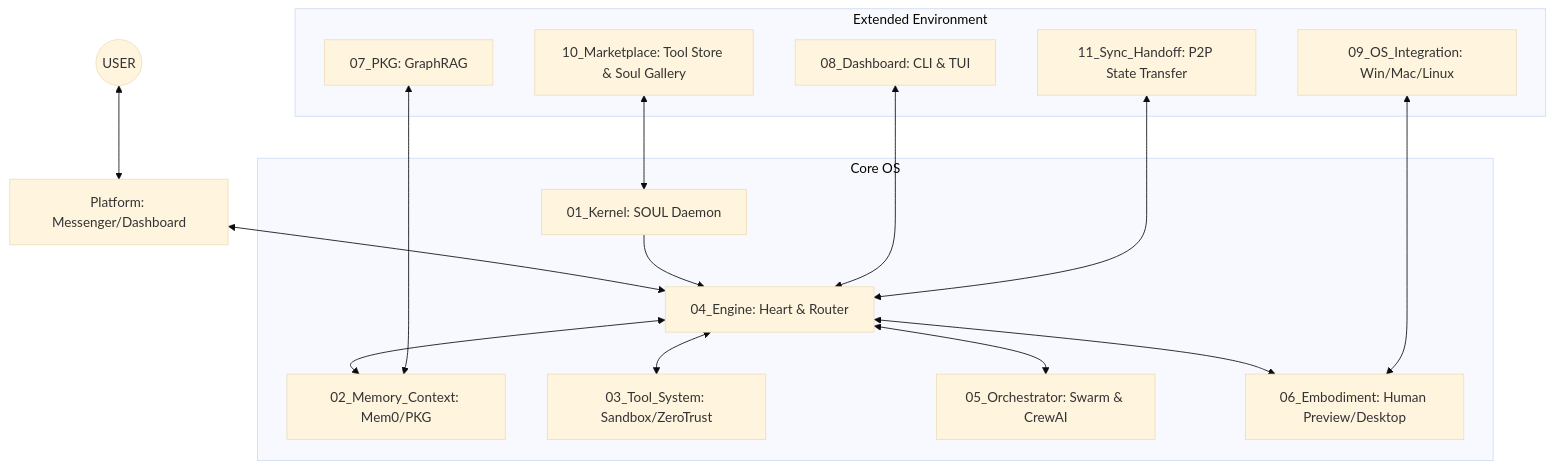
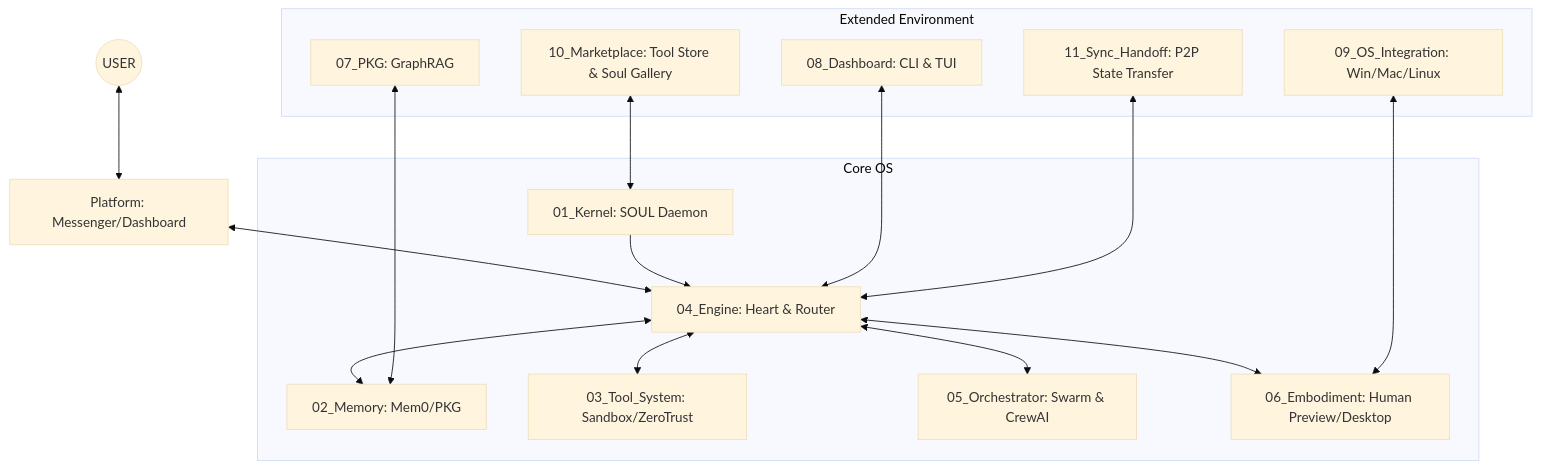
One commit to whiletrue247/AgentOS changed the diagram in README.md. Above: the diagram before and after it, drawn with Mermaid (base theme). The commit also changed other lines of this file and 18 other files, not shown here.

First line of the commit message:
🧹 refactor: remove 6 legacy dirs, migrate docs to docs/architecture/

````diff
--- a/README.md
+++ b/README.md
@@ -48,21 +48,21 @@
 ```mermaid
 graph TD
     USER((USER)) <--> Messenger[Platform: Messenger/Dashboard]
     Messenger <--> Engine[04_Engine: Heart & Router]
     
     subgraph Core OS
         Kernel[01_Kernel: SOUL Daemon] --> Engine
-        Engine <--> Mem[02_Memory_Context: Mem0/PKG]
+        Engine <--> Mem[02_Memory: Mem0/PKG]
         Engine <--> Tool[03_Tool_System: Sandbox/ZeroTrust]
         Engine <--> Orch[05_Orchestrator: Swarm & CrewAI]
         Engine <--> Embodiment[06_Embodiment: Human Preview/Desktop]
     end
     
     subgraph Extended Environment
         PKG[07_PKG: GraphRAG] <--> Mem
         Dash[08_Dashboard: CLI & TUI] <--> Engine
         OSHook[09_OS_Integration: Win/Mac/Linux] <--> Embodiment
         Market[10_Marketplace: Tool Store & Soul Gallery] <--> Kernel
         Sync[11_Sync_Handoff: P2P State Transfer] <--> Engine
     end
 ```
````
